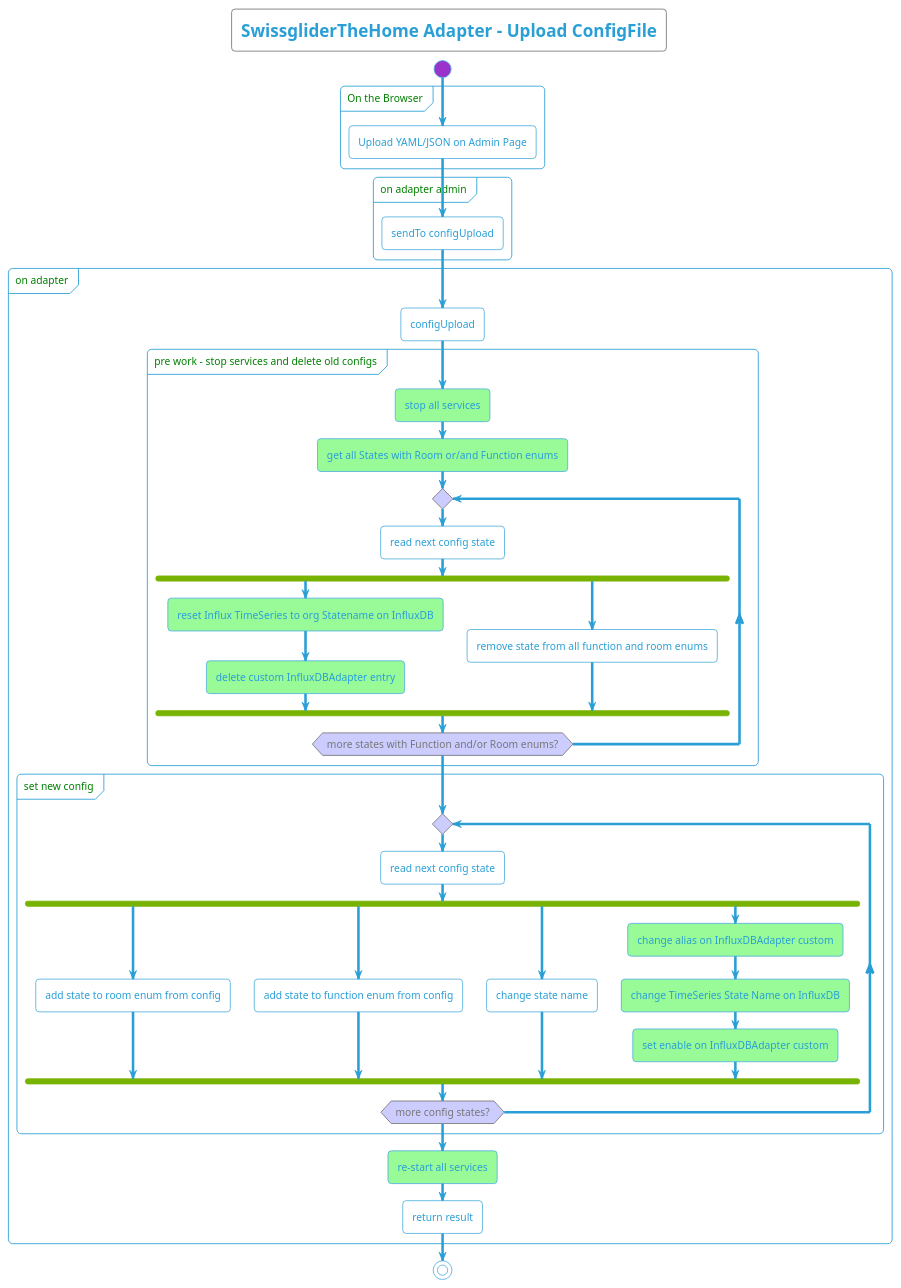
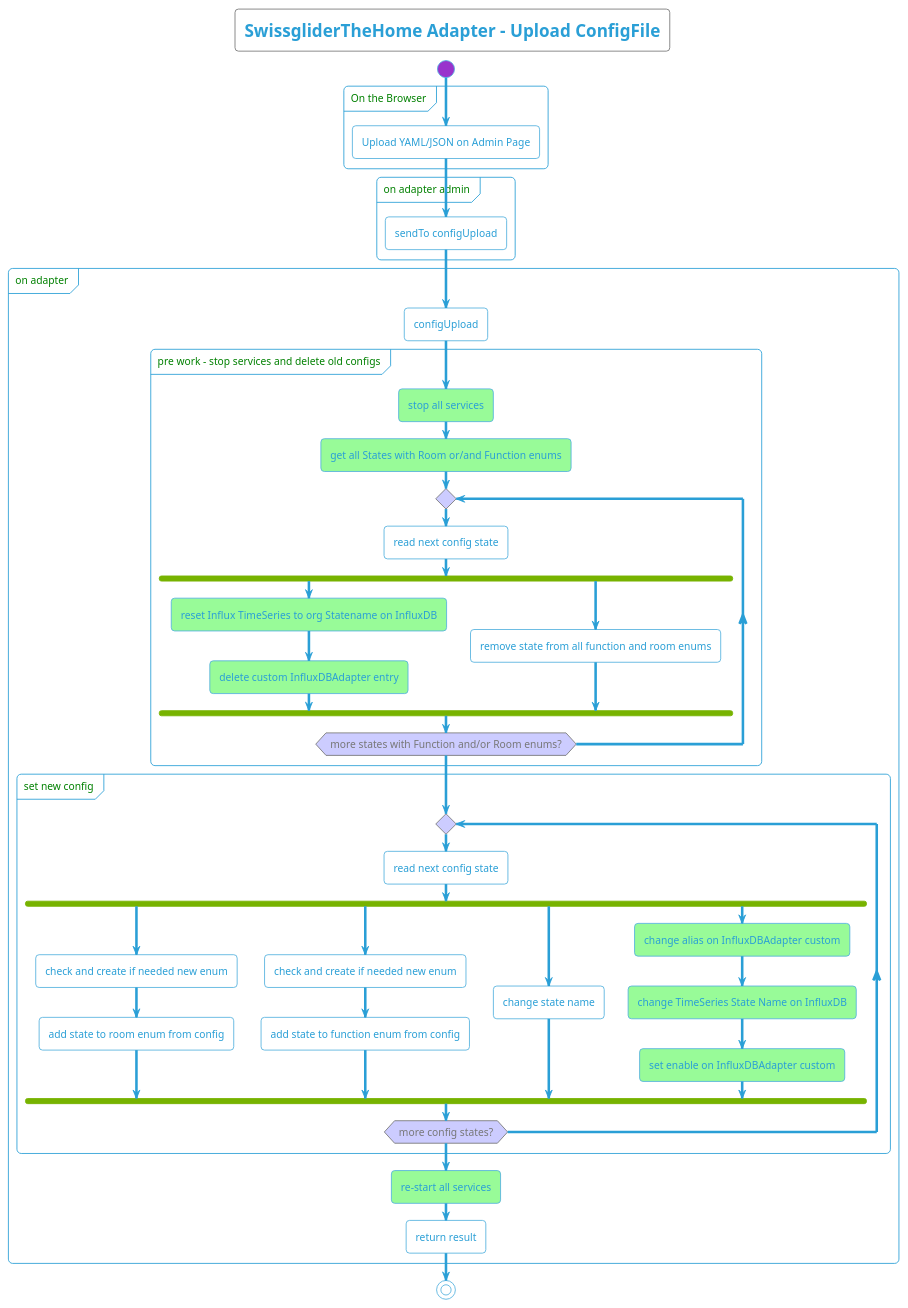
The diagram in docu/plantuml/server/SwissgliderTheHome - Activity Diagram - ConfigUploader.iuml (swissglider/iobroker.thehome), drawn with PlantUML before and after one commit. The commit also changed 42 other files, not shown here.

```diff
--- a/docu/plantuml/server/SwissgliderTheHome - Activity Diagram - ConfigUploader.iuml
+++ b/docu/plantuml/server/SwissgliderTheHome - Activity Diagram - ConfigUploader.iuml
@@ -1,65 +1,67 @@
 @startuml
 !theme cyborg-outline
 
 <style>
     diamond {
         BackgroundColor #ccf
     }
     partition {
         FontColor green
         RoundCorner 10
     }
   arrow {
     FontColor black
     FontName arial
   }
 </style>
 
 title
     SwissgliderTheHome Adapter - Upload ConfigFile
 end title
 
 start
 partition "On the Browser" {
     :Upload YAML/JSON on Admin Page;
 }
 partition "on adapter admin" {
 :sendTo configUpload;
 }
 partition "on adapter" {
     :configUpload;
     partition "pre work - stop services and delete old configs" {
         #palegreen:stop all services;
         #palegreen:get all States with Room or/and Function enums;
         repeat
             :read next config state;
             fork
                 #palegreen:reset Influx TimeSeries to org Statename on InfluxDB;
                 #palegreen:delete custom InfluxDBAdapter entry;
                 fork again
                 :remove state from all function and room enums;
             end fork
         repeat while (more states with Function and/or Room enums?)
     }
     partition "set new config" {
         repeat
             :read next config state;
             fork
+                :check and create if needed new enum;
                 :add state to room enum from config;
                 fork again
+                :check and create if needed new enum;
                 :add state to function enum from config;
                 fork again
                 :change state name;
                 fork again
                 #palegreen:change alias on InfluxDBAdapter custom;
                 #palegreen:change TimeSeries State Name on InfluxDB;
                 #palegreen:set enable on InfluxDBAdapter custom;
             end fork
         repeat while (more config states?)
     }
     #palegreen:re-start all services;
     :return result;
 }
 stop
 
 @enduml
```
